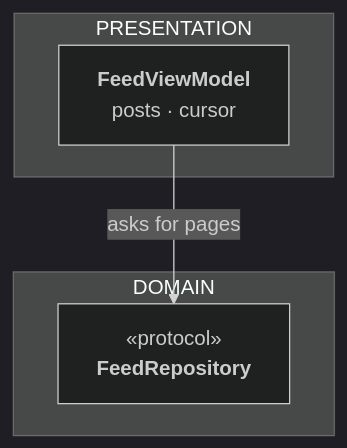
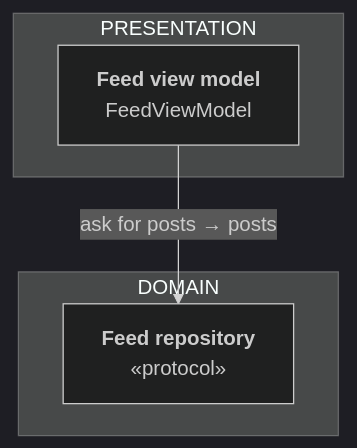
Before and after one commit to rezabina86/reference-desk: the diagram in README.md, drawn with Mermaid (dark theme). The commit also changed other lines of this file and 5 other files, not shown here.

````diff
--- a/README.md
+++ b/README.md
@@ -142,12 +142,14 @@
 ```mermaid
 flowchart TB
   subgraph P["PRESENTATION"]
-    VM["<b>FeedViewModel</b><br/>posts · cursor"]
+    VM["`**Feed view model**
+FeedViewModel`"]
   end
   subgraph D["DOMAIN"]
-    Repo["«protocol»<br/><b>FeedRepository</b>"]
+    Repo["`**Feed repository**
+«protocol»`"]
   end
-  VM -- "asks for pages" --> Repo
+  VM -- "ask for posts → posts" --> Repo
   class VM pres
   class Repo dom
 ```
````
